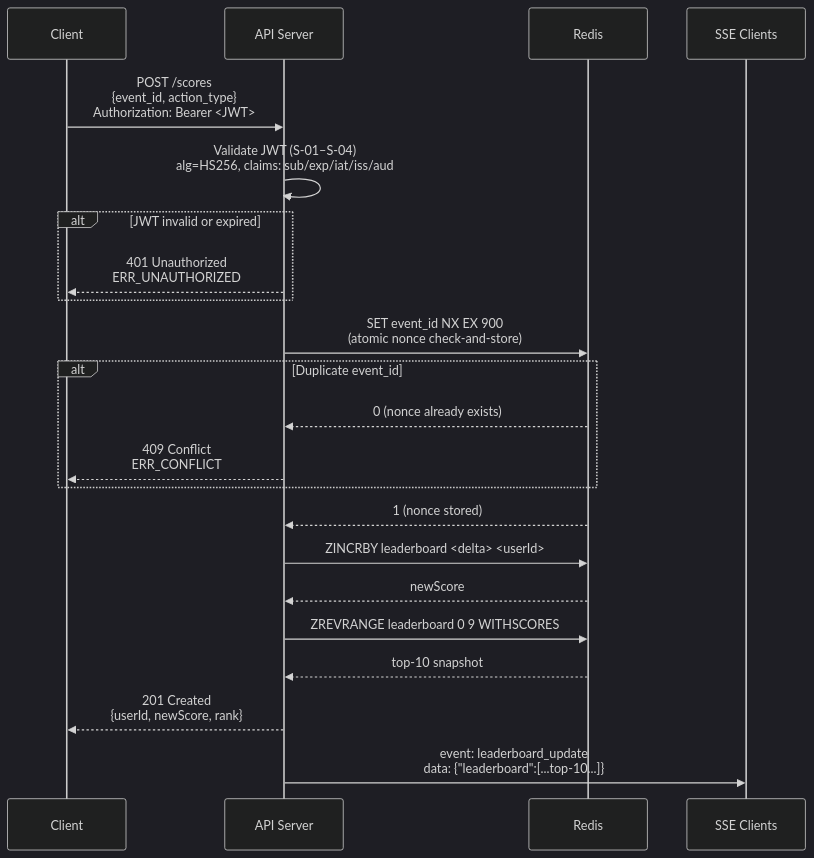
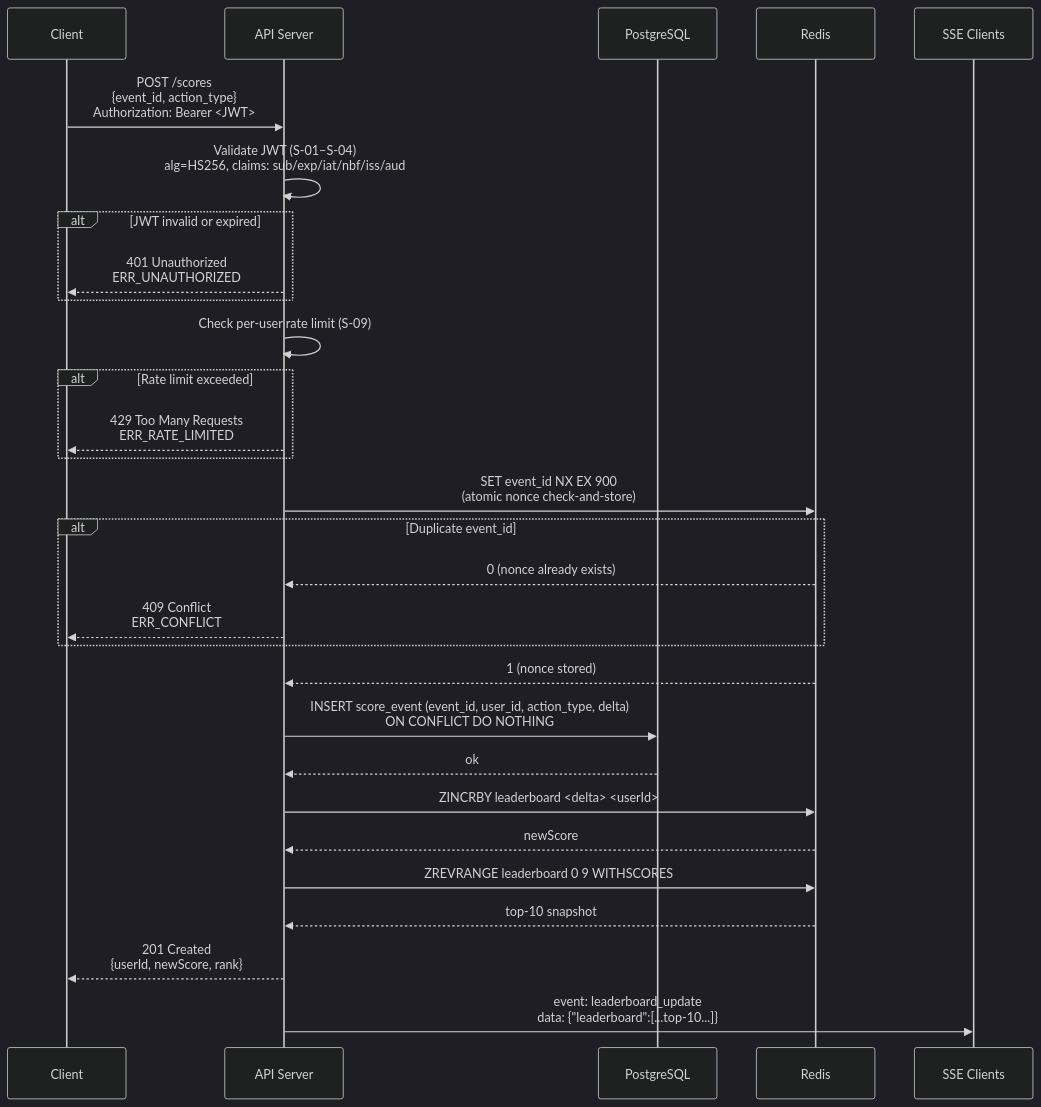
One commit to hungchou8994/code-challenge changed the diagram in src/problem6/README.md. Above: the diagram before and after it, drawn with Mermaid (dark theme). The commit also changed other lines of this file and 4 other files, not shown here.

````diff
--- a/src/problem6/README.md
+++ b/src/problem6/README.md
@@ -452,29 +485,38 @@
 ```mermaid
 sequenceDiagram
     participant Client
     participant API as API Server
+    participant DB as PostgreSQL
     participant Redis
     participant SSE as SSE Clients
 
     Client->>API: POST /scores<br/>{event_id, action_type}<br/>Authorization: Bearer <JWT>
-    API->>API: Validate JWT (S-01–S-04)<br/>alg=HS256, claims: sub/exp/iat/iss/aud
+    API->>API: Validate JWT (S-01–S-04)<br/>alg=HS256, claims: sub/exp/iat/nbf/iss/aud
 
     alt JWT invalid or expired
         API-->>Client: 401 Unauthorized<br/>ERR_UNAUTHORIZED
+    end
+
+    API->>API: Check per-user rate limit (S-09)
+
+    alt Rate limit exceeded
+        API-->>Client: 429 Too Many Requests<br/>ERR_RATE_LIMITED
     end
 
     API->>Redis: SET event_id NX EX 900<br/>(atomic nonce check-and-store)
 
     alt Duplicate event_id
         Redis-->>API: 0 (nonce already exists)
         API-->>Client: 409 Conflict<br/>ERR_CONFLICT
     end
 
     Redis-->>API: 1 (nonce stored)
+    API->>DB: INSERT score_event (event_id, user_id, action_type, delta)<br/>ON CONFLICT DO NOTHING
+    DB-->>API: ok
     API->>Redis: ZINCRBY leaderboard <delta> <userId>
     Redis-->>API: newScore
     API->>Redis: ZREVRANGE leaderboard 0 9 WITHSCORES
     Redis-->>API: top-10 snapshot
     API-->>Client: 201 Created<br/>{userId, newScore, rank}
     API->>SSE: event: leaderboard_update<br/>data: {"leaderboard":[...top-10...]}
 ```
````
